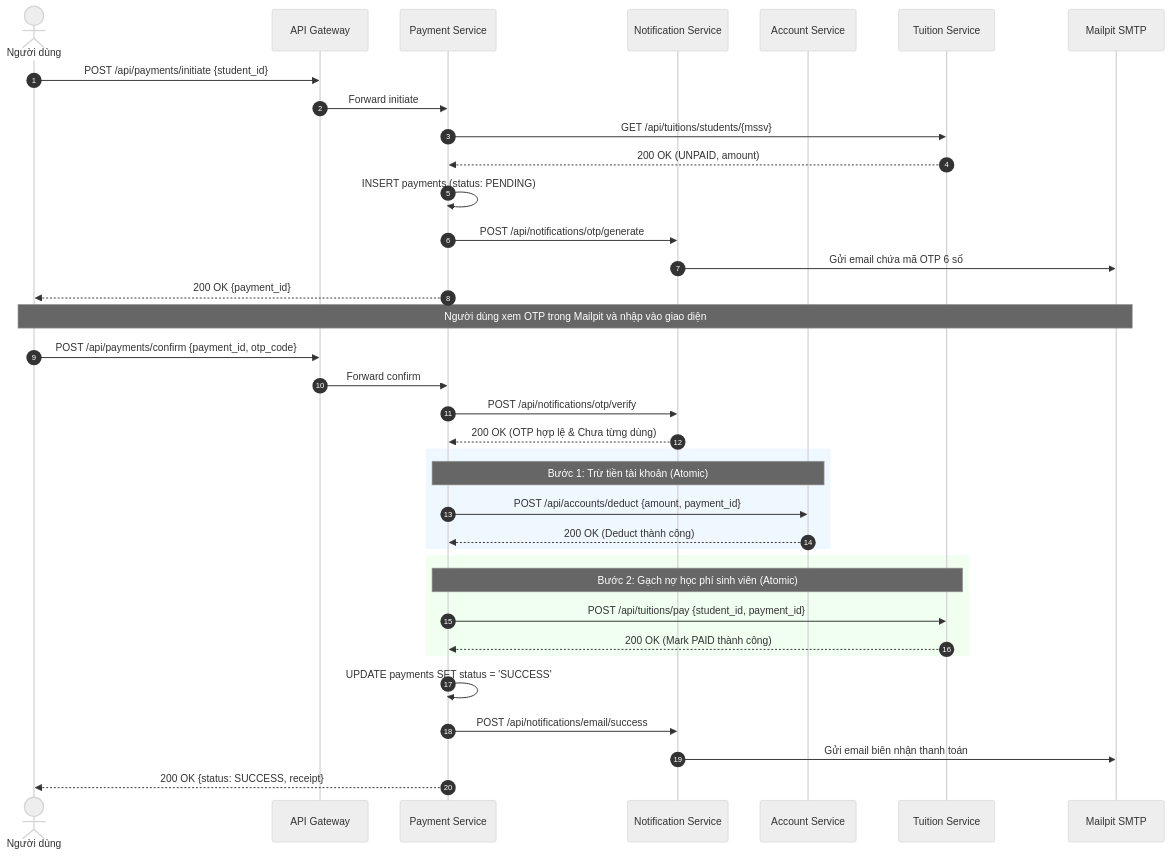
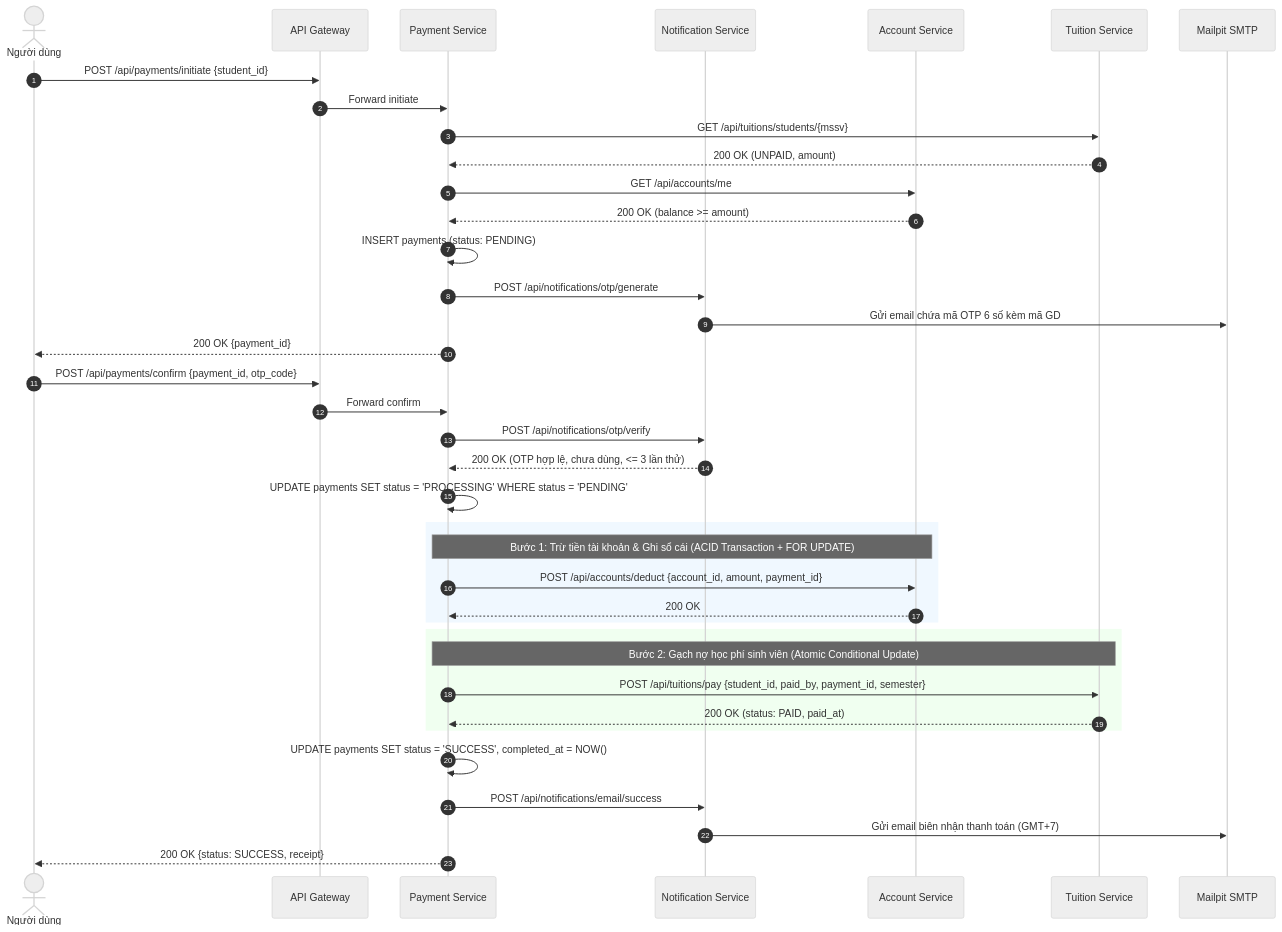
One commit to thanhngo92/soa changed the first of 3 diagrams in docs/SYSTEM_DESIGN.md. Above: the diagram before and after it, drawn with Mermaid (neutral theme). The commit also changed other lines of this file and 55 other files, not shown here.

````diff
--- a/docs/SYSTEM_DESIGN.md
+++ b/docs/SYSTEM_DESIGN.md
@@ -185,44 +155,46 @@
 ```mermaid
 sequenceDiagram
     autonumber
     actor User as Người dùng
     participant GW as API Gateway
     participant PS as Payment Service
     participant NS as Notification Service
     participant AS as Account Service
     participant TS as Tuition Service
     participant MP as Mailpit SMTP
 
     User->>GW: POST /api/payments/initiate {student_id}
     GW->>PS: Forward initiate
     PS->>TS: GET /api/tuitions/students/{mssv}
     TS-->>PS: 200 OK (UNPAID, amount)
+    PS->>AS: GET /api/accounts/me
+    AS-->>PS: 200 OK (balance >= amount)
     PS->>PS: INSERT payments (status: PENDING)
     PS->>NS: POST /api/notifications/otp/generate
-    NS->>MP: Gửi email chứa mã OTP 6 số
+    NS->>MP: Gửi email chứa mã OTP 6 số kèm mã GD #payment_id
     PS-->>User: 200 OK {payment_id}
-
-    Note over User,MP: Người dùng xem OTP trong Mailpit và nhập vào giao diện
 
     User->>GW: POST /api/payments/confirm {payment_id, otp_code}
     GW->>PS: Forward confirm
     PS->>NS: POST /api/notifications/otp/verify
-    NS-->>PS: 200 OK (OTP hợp lệ & Chưa từng dùng)
+    NS-->>PS: 200 OK (OTP hợp lệ, chưa dùng, <= 3 lần thử)
+
+    PS->>PS: UPDATE payments SET status = 'PROCESSING' WHERE status = 'PENDING'
 
     rect rgb(240, 248, 255)
-        Note over PS,AS: Bước 1: Trừ tiền tài khoản (Atomic)
-        PS->>AS: POST /api/accounts/deduct {amount, payment_id}
-        AS-->>PS: 200 OK (Deduct thành công)
+        Note over PS,AS: Bước 1: Trừ tiền tài khoản & Ghi sổ cái (ACID Transaction + FOR UPDATE)
+        PS->>AS: POST /api/accounts/deduct {account_id, amount, payment_id}
+        AS-->>PS: 200 OK
     end
 
     rect rgb(240, 255, 240)
-        Note over PS,TS: Bước 2: Gạch nợ học phí sinh viên (Atomic)
-        PS->>TS: POST /api/tuitions/pay {student_id, payment_id}
-        TS-->>PS: 200 OK (Mark PAID thành công)
+        Note over PS,TS: Bước 2: Gạch nợ học phí sinh viên (Atomic Conditional Update)
+        PS->>TS: POST /api/tuitions/pay {student_id, paid_by, payment_id, semester}
+        TS-->>PS: 200 OK (status: PAID, paid_at)
     end
 
-    PS->>PS: UPDATE payments SET status = 'SUCCESS'
+    PS->>PS: UPDATE payments SET status = 'SUCCESS', completed_at = NOW()
     PS->>NS: POST /api/notifications/email/success
-    NS->>MP: Gửi email biên nhận thanh toán
+    NS->>MP: Gửi email biên nhận thanh toán (GMT+7)
     PS-->>User: 200 OK {status: SUCCESS, receipt}
 ```
````
